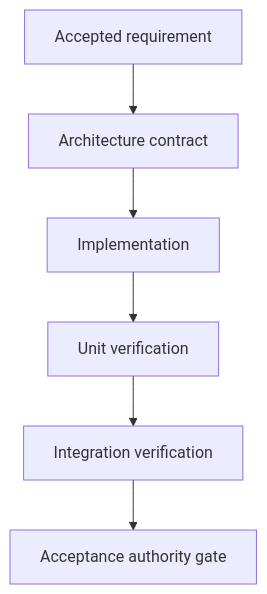
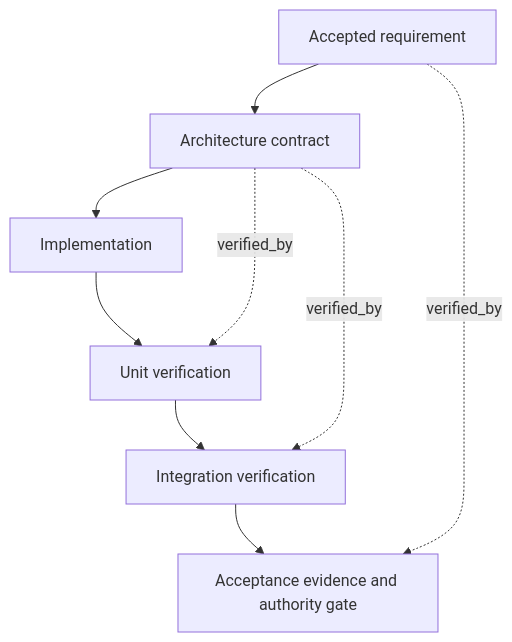
The diagram in plugins/claude/skill-system-core/skills/plan-execution-handoff/references/graph-archetypes/assurance_v.md (jhan153/skill-system), drawn with Mermaid before and after one commit. The commit also changed other lines of this file and 340 other files, not shown here.

````diff
--- a/plugins/claude/skill-system-core/skills/plan-execution-handoff/references/graph-archetypes/assurance_v.md
+++ b/plugins/claude/skill-system-core/skills/plan-execution-handoff/references/graph-archetypes/assurance_v.md
@@ -6,8 +6,11 @@
 ```mermaid
 flowchart TD
     R0["Accepted requirement"] --> D1["Architecture contract"]
     D1 --> C1["Implementation"]
     C1 --> V1["Unit verification"]
     V1 --> V2["Integration verification"]
-    V2 --> H0["Acceptance authority gate"]
+    V2 --> H0["Acceptance evidence and authority gate"]
+    D1 -. verified_by .-> V1
+    D1 -. verified_by .-> V2
+    R0 -. verified_by .-> H0
 ```
````
